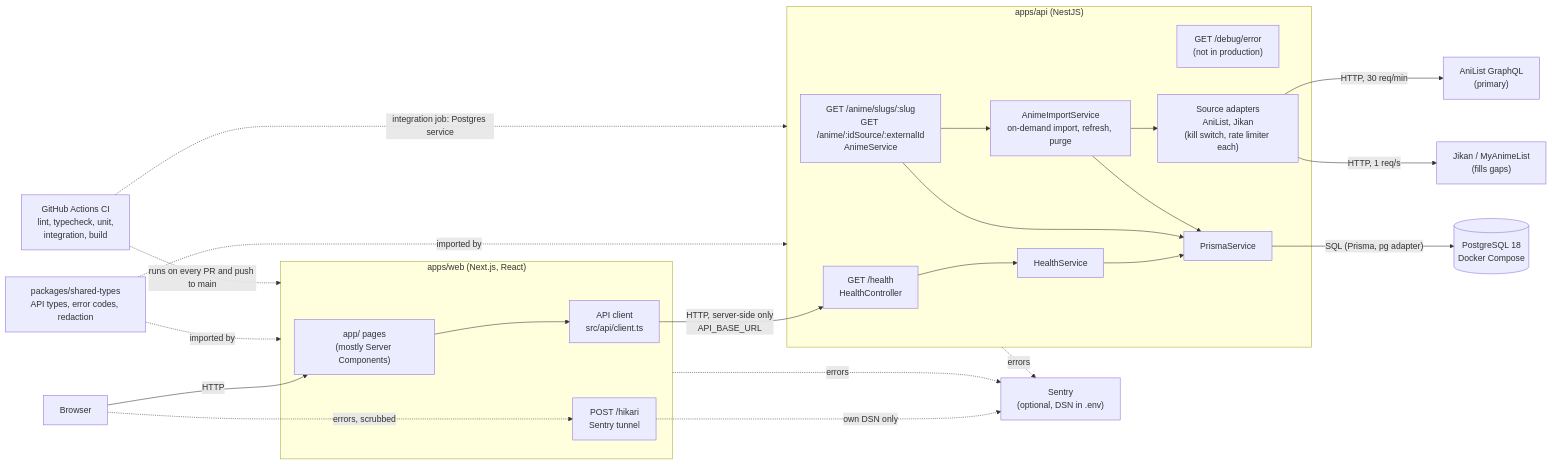
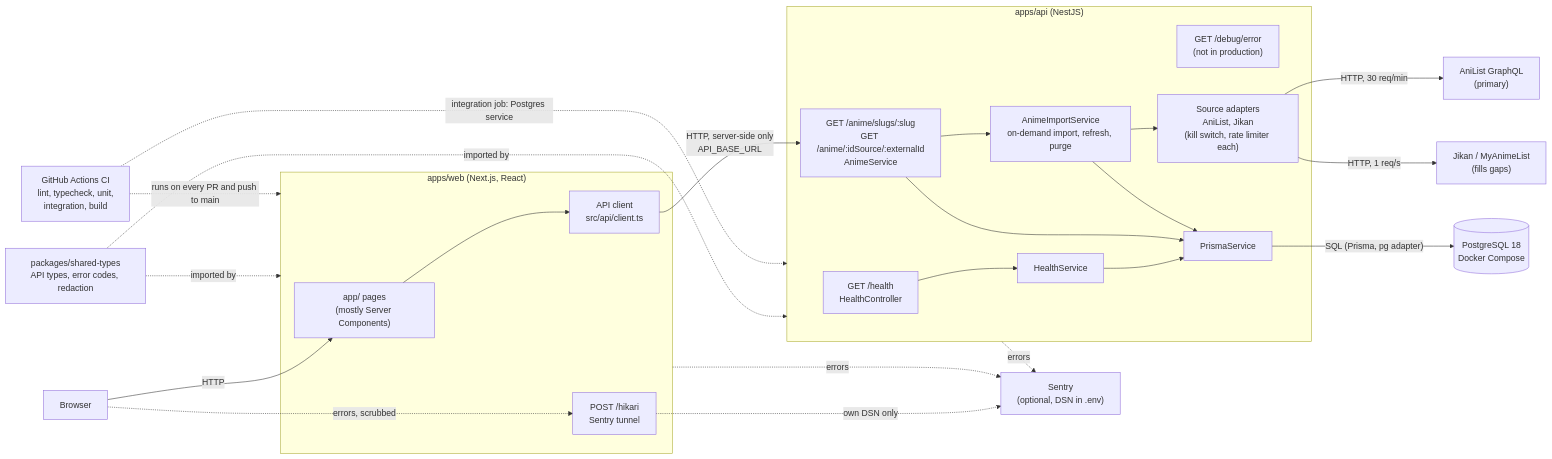
Before and after one commit to otakuLeague/otakuleague-core: the diagram in docs/architecture.md, drawn with Mermaid. The commit also changed other lines of this file and 28 other files, not shown here.

````diff
--- a/docs/architecture.md
+++ b/docs/architecture.md
@@ -5,50 +5,50 @@
 ```mermaid
 flowchart LR
   browser["Browser"]
 
   subgraph web["apps/web (Next.js, React)"]
     pages["app/ pages<br/>(mostly Server Components)"]
     client["API client<br/>src/api/client.ts"]
     tunnel["POST /hikari<br/>Sentry tunnel"]
   end
 
   subgraph api["apps/api (NestJS)"]
     health["GET /health<br/>HealthController"]
     healthSvc["HealthService"]
     debug["GET /debug/error<br/>(not in production)"]
     animeApi["GET /anime/slugs/:slug<br/>GET /anime/:idSource/:externalId<br/>AnimeService"]
     importer["AnimeImportService<br/>on-demand import, refresh, purge"]
     adapters["Source adapters<br/>AniList, Jikan<br/>(kill switch, rate limiter each)"]
     prisma["PrismaService"]
   end
 
   anilistApi["AniList GraphQL<br/>(primary)"]
   jikanApi["Jikan / MyAnimeList<br/>(fills gaps)"]
 
   shared["packages/shared-types<br/>API types, error codes, redaction"]
   db[("PostgreSQL 18<br/>Docker Compose")]
   sentry["Sentry<br/>(optional, DSN in .env)"]
   ci["GitHub Actions CI<br/>lint, typecheck, unit,<br/>integration, build"]
 
   browser -->|HTTP| pages
   pages --> client
-  client -->|"HTTP, server-side only<br/>API_BASE_URL"| health
+  client -->|"HTTP, server-side only<br/>API_BASE_URL"| animeApi
   health --> healthSvc --> prisma
   animeApi --> importer --> adapters
   animeApi --> prisma
   importer --> prisma
   adapters -->|"HTTP, 30 req/min"| anilistApi
   adapters -->|"HTTP, 1 req/s"| jikanApi
   prisma -->|"SQL (Prisma, pg adapter)"| db
 
   shared -.->|imported by| web
   shared -.->|imported by| api
 
   browser -.->|"errors, scrubbed"| tunnel
   tunnel -.->|"own DSN only"| sentry
   web -.->|errors| sentry
   api -.->|errors| sentry
 
   ci -.->|"runs on every PR and push to main"| web
   ci -.->|"integration job: Postgres service"| api
 ```
````
